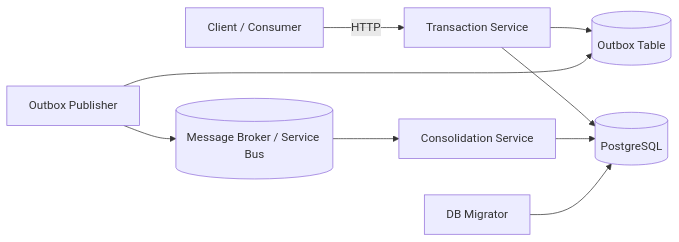
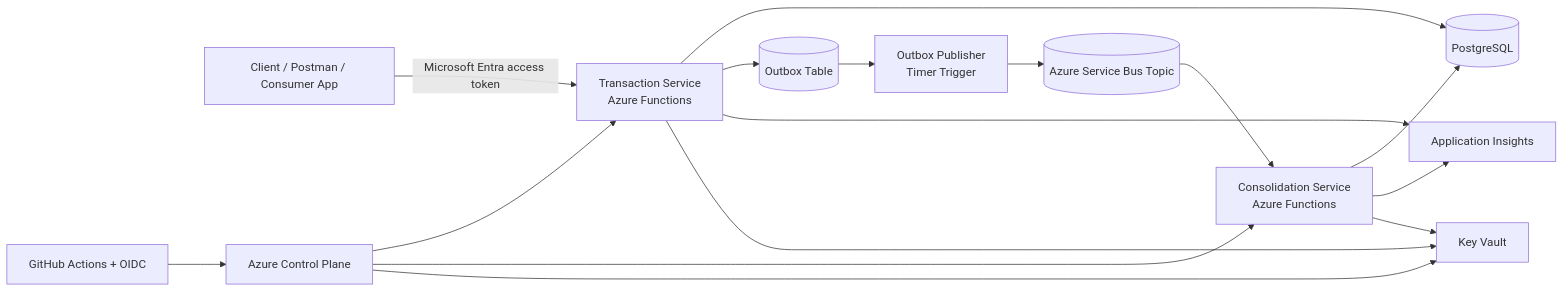
One commit to marcodevopsestudo-cpu/cashflow changed the diagram in README.md. Above: the diagram before and after it, drawn with Mermaid. The commit also changed other lines of this file and 9 other files, not shown here.

````diff
--- a/README.md
+++ b/README.md
@@ -112,11 +57,18 @@
 ```mermaid
 flowchart LR
-    Client[Client / Consumer] -->|HTTP| Tx[Transaction Service]
-    Tx --> Pg[(PostgreSQL)]
-    Tx --> Outbox[(Outbox Table)]
-    Timer[Outbox Publisher] --> Outbox
-    Timer --> Bus[(Message Broker / Service Bus)]
-    Bus --> Cons[Consolidation Service]
-    Cons --> Pg
-    Migrator[DB Migrator] --> Pg
+    Client[Client / Postman / Consumer App] -->|Microsoft Entra access token| TxApi[Transaction Service<br/>Azure Functions]
+    TxApi --> Pg[(PostgreSQL)]
+    TxApi --> Outbox[(Outbox Table)]
+    Outbox --> Publisher[Outbox Publisher<br/>Timer Trigger]
+    Publisher --> Sb[(Azure Service Bus Topic)]
+    Sb --> Consolidation[Consolidation Service<br/>Azure Functions]
+    Consolidation --> Pg
+    TxApi --> Ai[Application Insights]
+    Consolidation --> Ai
+    GitHub[GitHub Actions + OIDC] --> Azure[Azure Control Plane]
+    Azure --> TxApi
+    Azure --> Consolidation
+    Azure --> Kv[Key Vault]
+    TxApi --> Kv
+    Consolidation --> Kv
 ```
````
